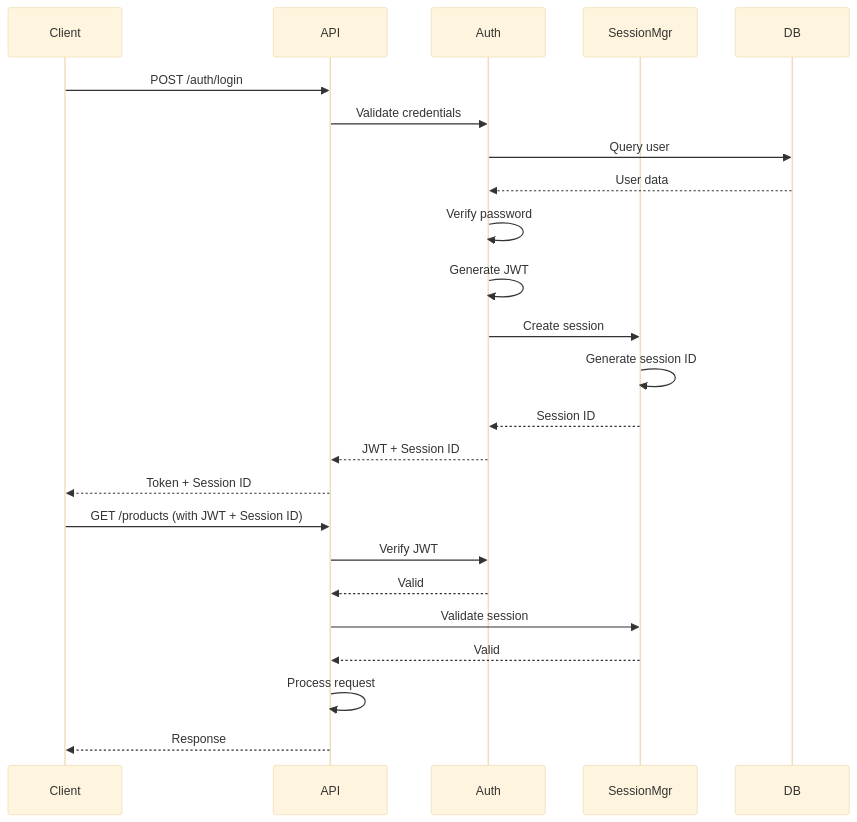
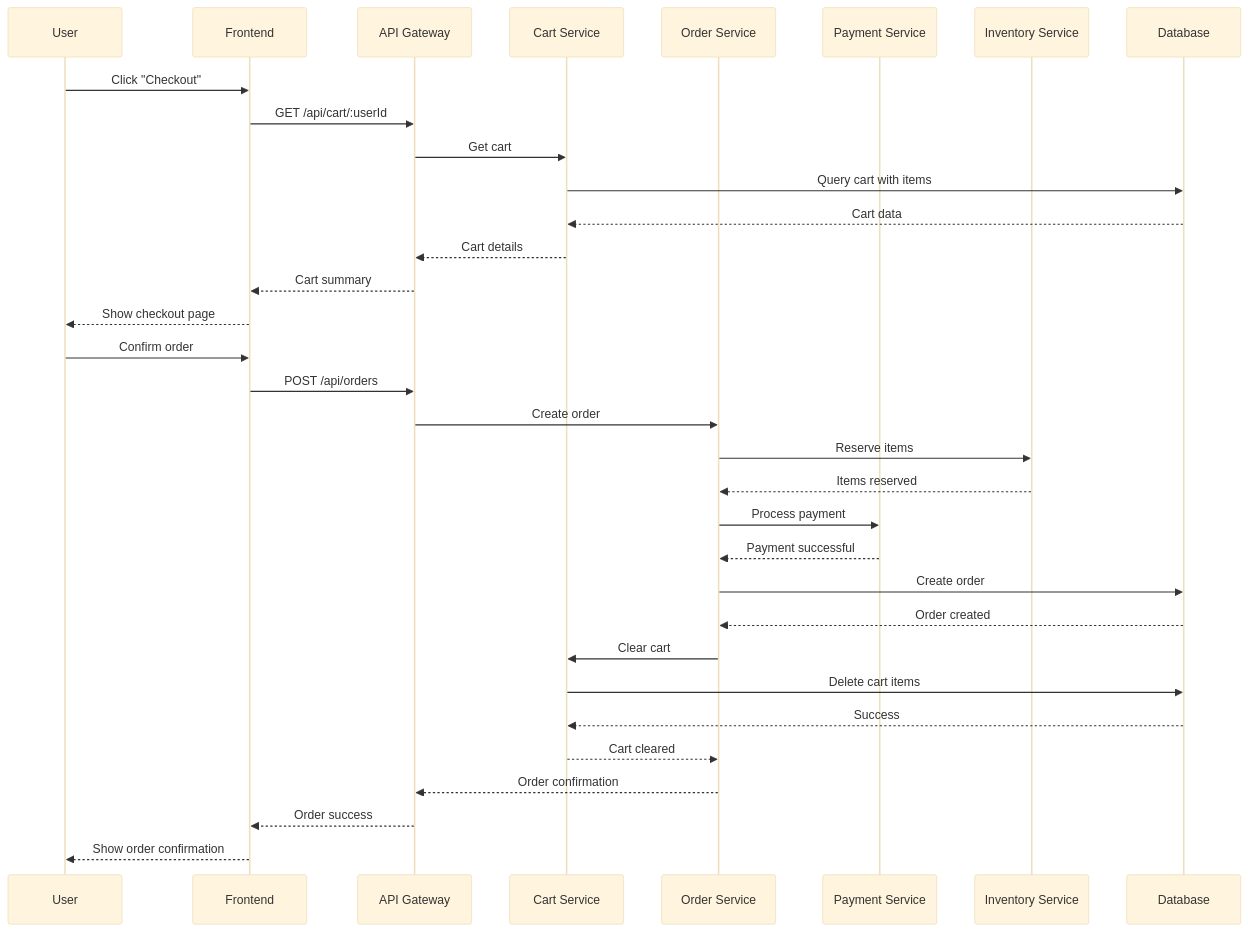
The fifth of 5 diagrams in docs/LLD/lld.md (NavneetBN47/aava-ecom-demo), drawn with Mermaid (base theme) before and after one commit. The commit also changed other lines of this file, not shown here.

````diff
--- a/docs/LLD/lld.md
+++ b/docs/LLD/lld.md
@@ -2396,28 +1403,36 @@
 ```mermaid
 sequenceDiagram
-    participant Client
-    participant API
-    participant Auth
-    participant SessionMgr
-    participant DB
+    participant User
+    participant Frontend
+    participant API Gateway
+    participant Cart Service
+    participant Order Service
+    participant Payment Service
+    participant Inventory Service
+    participant Database
     
-    Client->>API: POST /auth/login
-    API->>Auth: Validate credentials
-    Auth->>DB: Query user
-    DB-->>Auth: User data
-    Auth->>Auth: Verify password
-    Auth->>Auth: Generate JWT
-    Auth->>SessionMgr: Create session
-    SessionMgr->>SessionMgr: Generate session ID
-    SessionMgr-->>Auth: Session ID
-    Auth-->>API: JWT + Session ID
-    API-->>Client: Token + Session ID
-    
-    Client->>API: GET /products (with JWT + Session ID)
-    API->>Auth: Verify JWT
-    Auth-->>API: Valid
-    API->>SessionMgr: Validate session
-    SessionMgr-->>API: Valid
-    API->>API: Process request
-    API-->>Client: Response
+    User->>Frontend: Click "Checkout"
+    Frontend->>API Gateway: GET /api/cart/:userId
+    API Gateway->>Cart Service: Get cart
+    Cart Service->>Database: Query cart with items
+    Database-->>Cart Service: Cart data
+    Cart Service-->>API Gateway: Cart details
+    API Gateway-->>Frontend: Cart summary
+    Frontend-->>User: Show checkout page
+    User->>Frontend: Confirm order
+    Frontend->>API Gateway: POST /api/orders
+    API Gateway->>Order Service: Create order
+    Order Service->>Inventory Service: Reserve items
+    Inventory Service-->>Order Service: Items reserved
+    Order Service->>Payment Service: Process payment
+    Payment Service-->>Order Service: Payment successful
+    Order Service->>Database: Create order
+    Database-->>Order Service: Order created
+    Order Service->>Cart Service: Clear cart
+    Cart Service->>Database: Delete cart items
+    Database-->>Cart Service: Success
+    Cart Service-->>Order Service: Cart cleared
+    Order Service-->>API Gateway: Order confirmation
+    API Gateway-->>Frontend: Order success
+    Frontend-->>User: Show order confirmation
 ```
````
